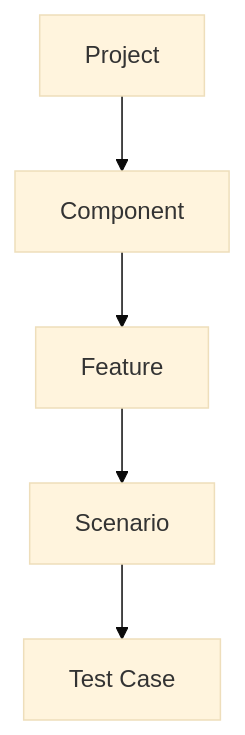
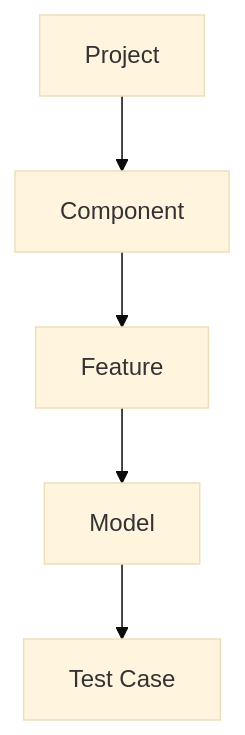
The first of 3 diagrams in docs/specification/00-overview.md (uid09552/testmodeller), drawn with Mermaid (base theme) before and after one commit. The commit also changed other lines of this file and 157 other files, not shown here.

````diff
--- a/docs/specification/00-overview.md
+++ b/docs/specification/00-overview.md
@@ -33,7 +33,7 @@
 ```mermaid
 graph TD
   P[Project] --> C[Component]
   C --> F[Feature]
-  F --> S[Scenario]
+  F --> S[Model]
   S --> TC[Test Case]
 ```
````
